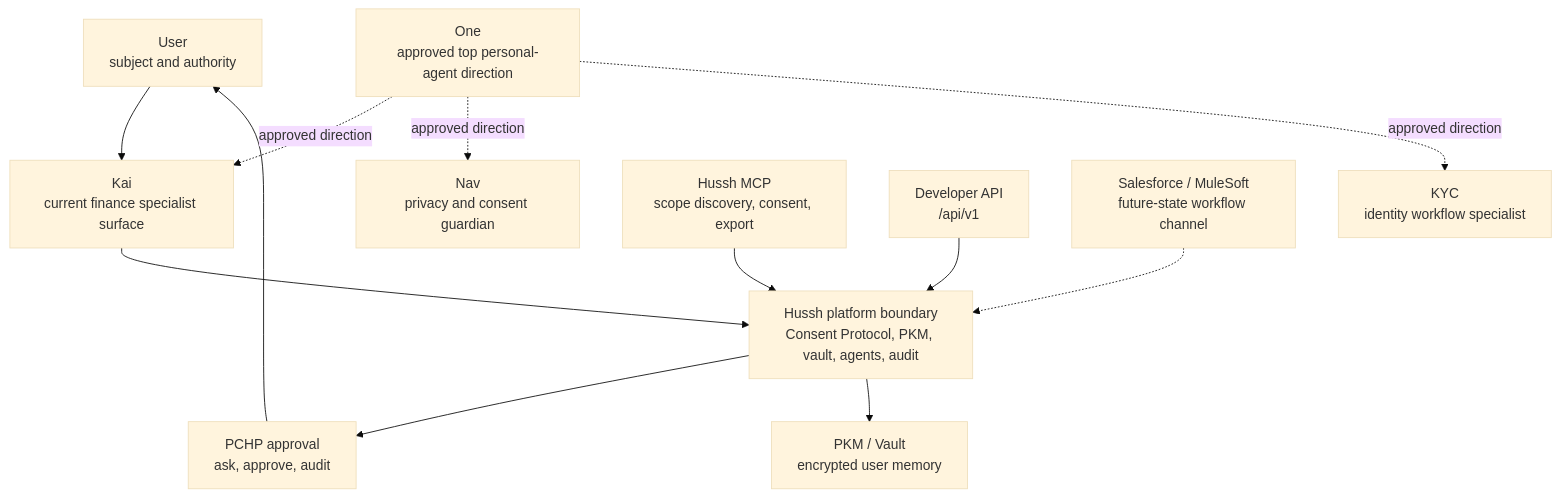
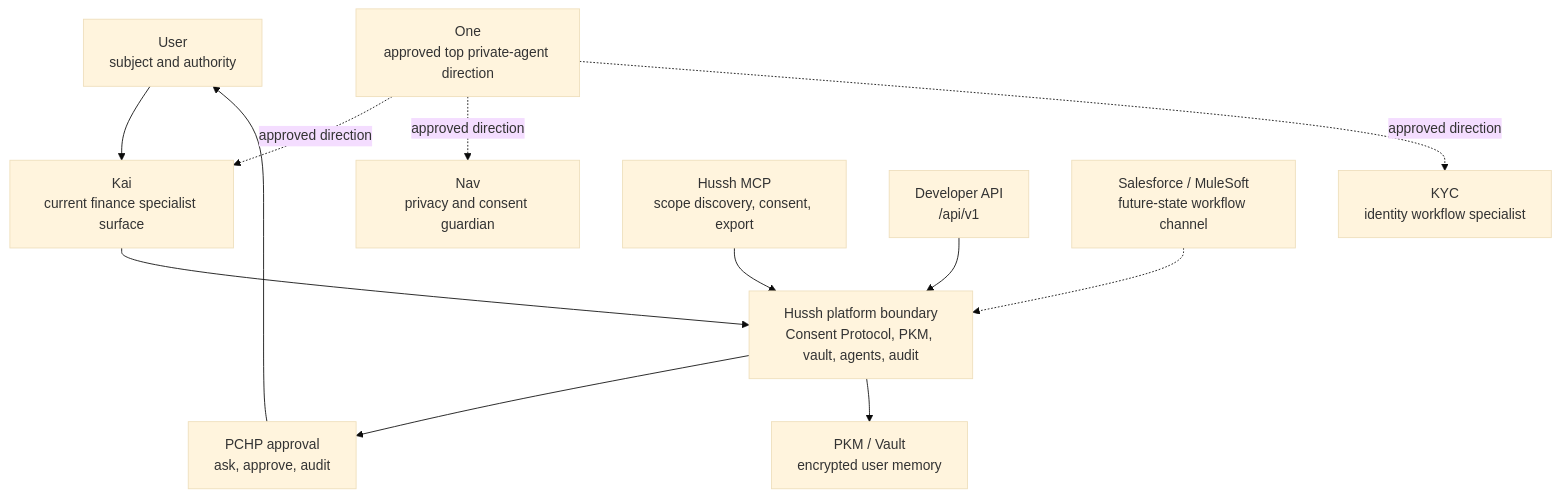
The third of 11 diagrams in docs/reference/architecture/architecture-view-catalog.md (hushh-labs/hushh-research), drawn with Mermaid (base theme) before and after one commit. The commit also changed other lines of this file and 133 other files, not shown here.

````diff
--- a/docs/reference/architecture/architecture-view-catalog.md
+++ b/docs/reference/architecture/architecture-view-catalog.md
@@ -122,30 +122,30 @@
 ```mermaid
 flowchart TB
   user["User<br/>subject and authority"]
   kai["Kai<br/>current finance specialist surface"]
-  one["One<br/>approved top personal-agent direction"]
+  one["One<br/>approved top private-agent direction"]
   nav["Nav<br/>privacy and consent guardian"]
   kyc["KYC<br/>identity workflow specialist"]
 
   mcp["Hussh MCP<br/>scope discovery, consent, export"]
   api["Developer API<br/>/api/v1"]
   partner["Salesforce / MuleSoft<br/>future-state workflow channel"]
 
   hussh["Hussh platform boundary<br/>Consent Protocol, PKM, vault, agents, audit"]
   pchp["PCHP approval<br/>ask, approve, audit"]
   pkm["PKM / Vault<br/>encrypted user memory"]
 
   user --> kai
   kai --> hussh
   one -.->|"approved direction"| kai
   one -.->|"approved direction"| nav
   one -.->|"approved direction"| kyc
 
   mcp --> hussh
   api --> hussh
   partner -.-> hussh
 
   hussh --> pchp
   pchp --> user
   hussh --> pkm
 ```
````
